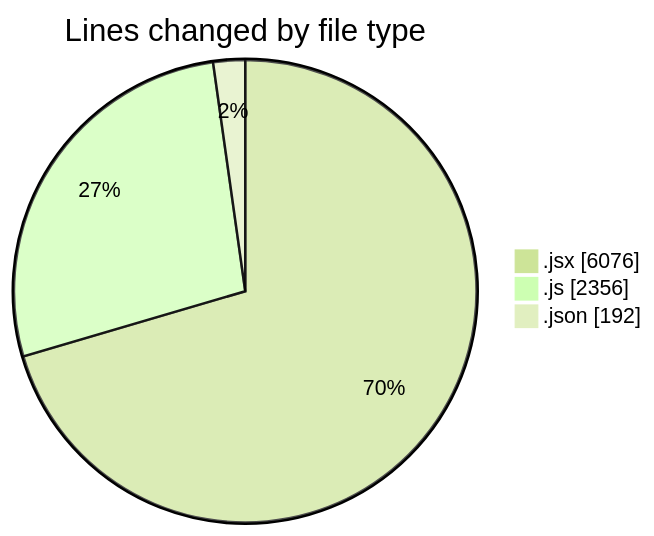
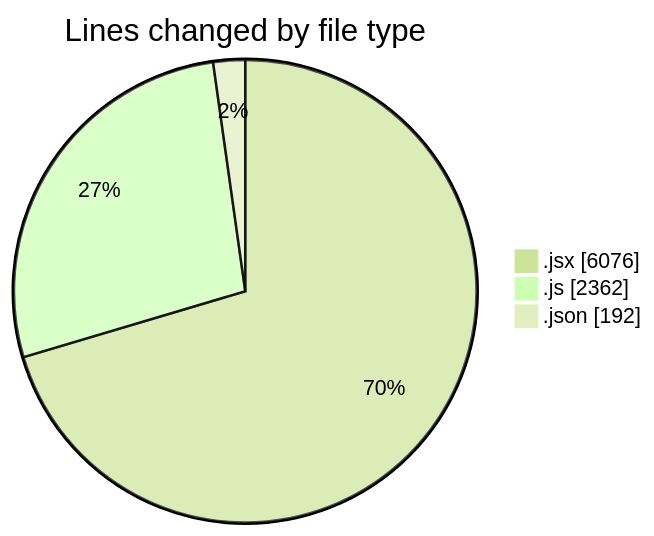
The first of 2 diagrams in 2025-08-06/nxtqube_webapp/README.md (nxtqubesakshisongat/code-tracking), drawn with Mermaid (forest theme) before and after one commit. The commit also changed other lines of this file and 1 other file, not shown here.

````diff
--- a/2025-08-06/nxtqube_webapp/README.md
+++ b/2025-08-06/nxtqube_webapp/README.md
@@ -31,7 +31,7 @@
 ```mermaid
 pie showData
 title Lines changed by file type
 ".jsx" : 6076
-".js" : 2356
+".js" : 2362
 ".json" : 192
 ```
````
